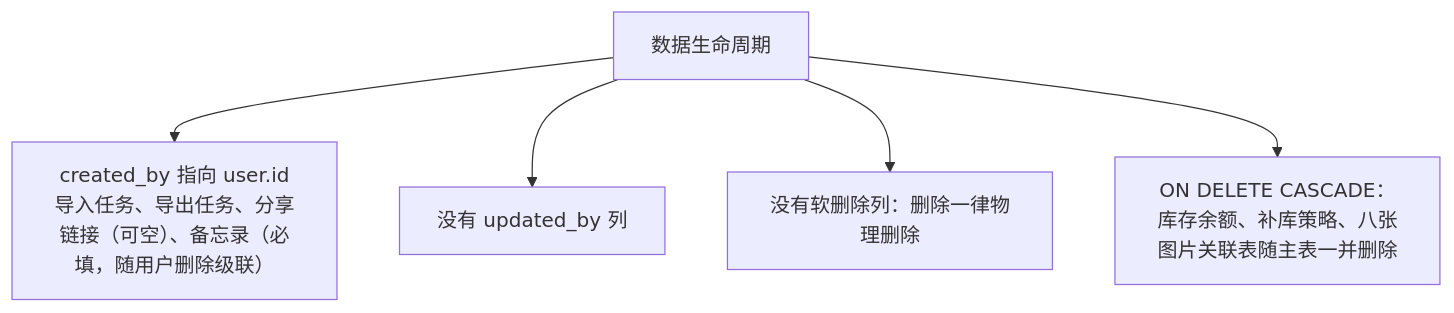
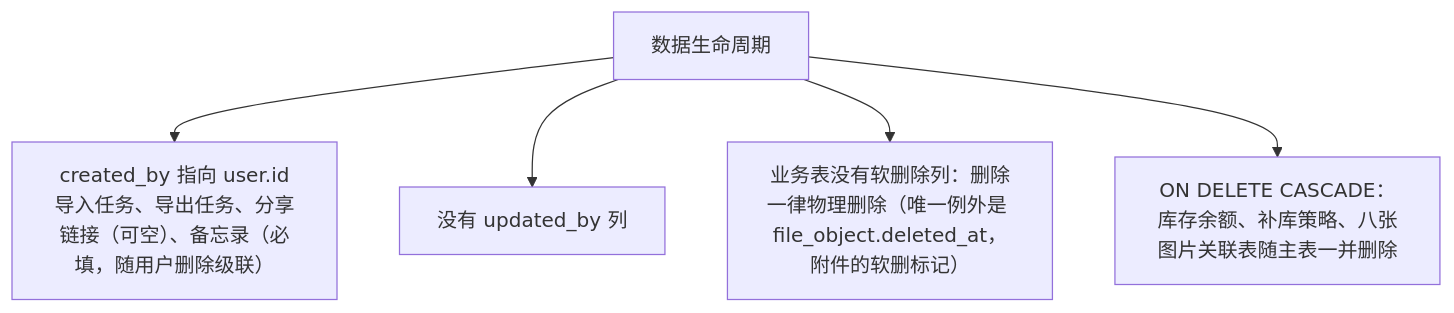
One commit to Sakana-1314/Electrical-Manager changed the fourth of 20 diagrams in docs/websites/pages/dev-data-model.md. Above: the diagram before and after it, drawn with Mermaid. The commit also changed other lines of this file and 7 other files, not shown here.

````diff
--- a/docs/websites/pages/dev-data-model.md
+++ b/docs/websites/pages/dev-data-model.md
@@ -104,8 +104,8 @@
 ```mermaid
 flowchart TD
     R["数据生命周期"]
     R --> C["created_by 指向 user.id<br/>导入任务、导出任务、分享链接（可空）、备忘录（必填，随用户删除级联）"]
     R --> U["没有 updated_by 列"]
-    R --> S["没有软删除列：删除一律物理删除"]
+    R --> S["业务表没有软删除列：删除一律物理删除（唯一例外是 file_object.deleted_at，附件的软删标记）"]
     R --> D["ON DELETE CASCADE：库存余额、补库策略、八张图片关联表随主表一并删除"]
 ```
````
